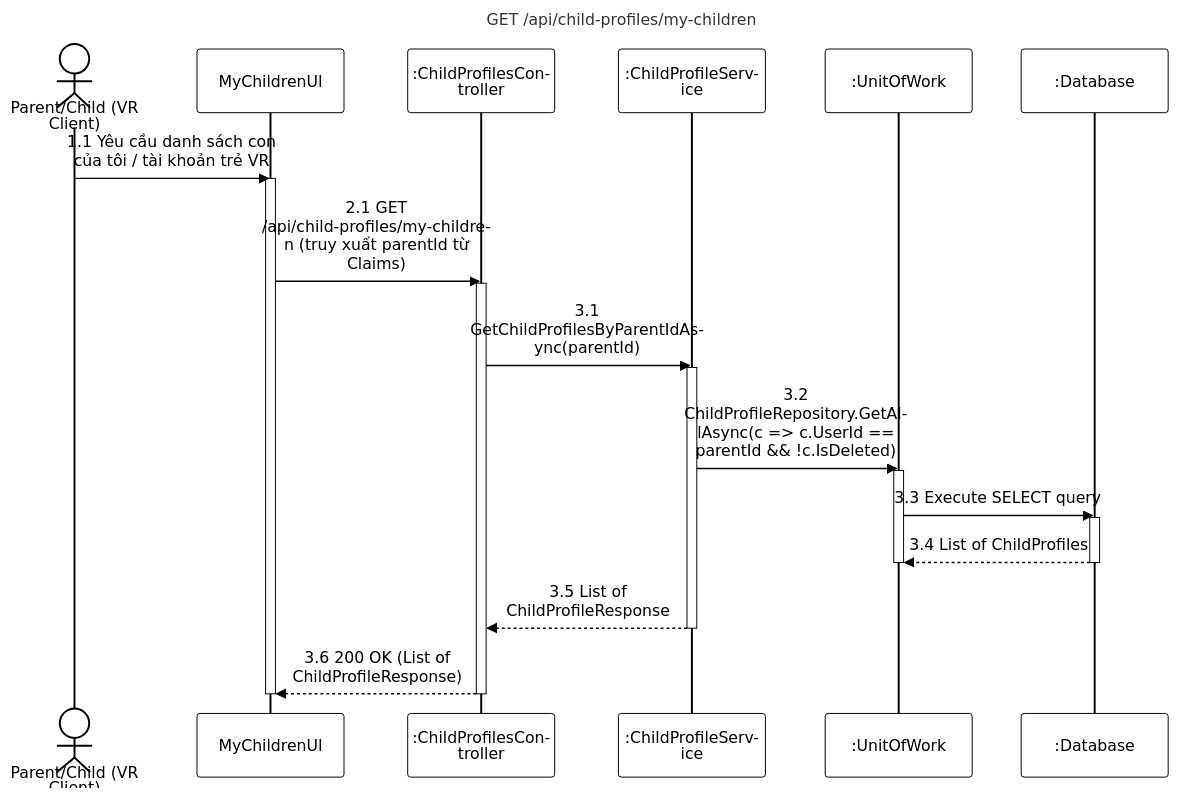
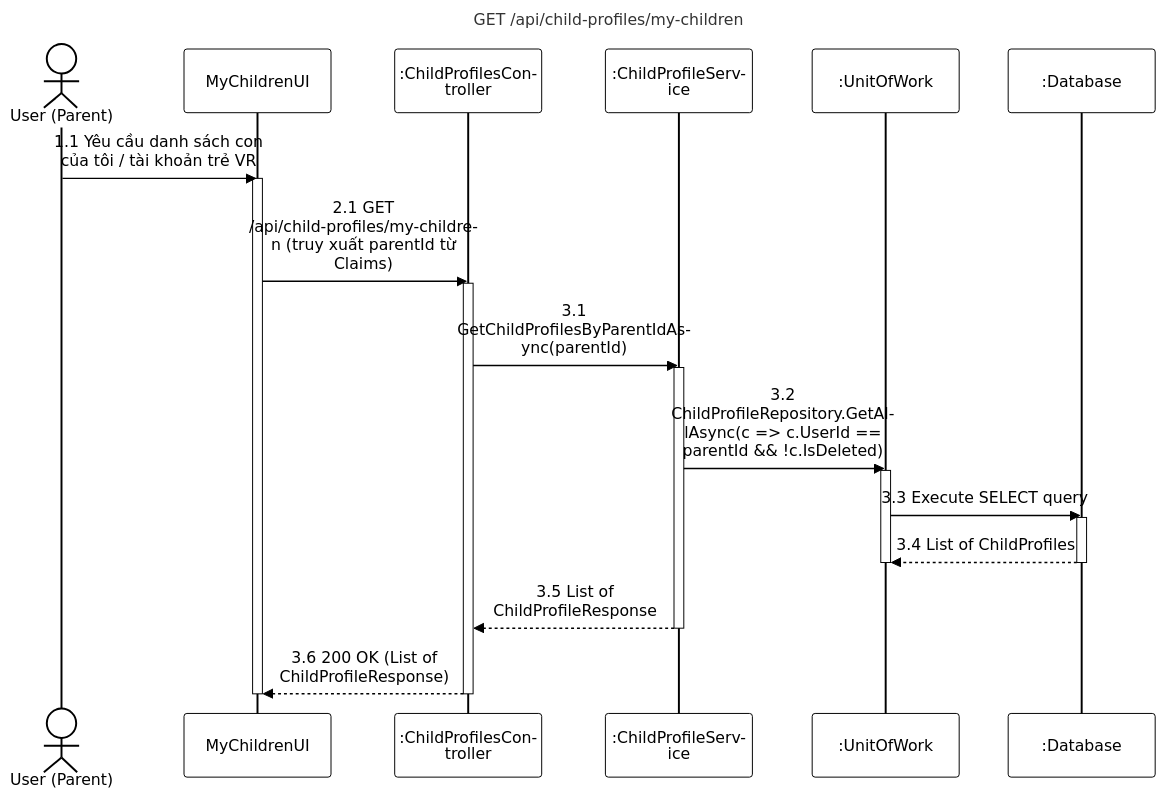
The diagram in 06-child-profile-enrollment/sequence-diagram/apis/get-my-children-profiles.mmd (PhucAnDev/docx-diagram), drawn with Mermaid before and after one commit. The commit also changed 5 other files, not shown here.

```diff
--- a/06-child-profile-enrollment/sequence-diagram/apis/get-my-children-profiles.mmd
+++ b/06-child-profile-enrollment/sequence-diagram/apis/get-my-children-profiles.mmd
@@ -1,31 +1,31 @@
 %%{init: {'theme':'base', 'themeVariables': {'actorBkg':'#ffffff','actorBorder':'#000000','actorTextColor':'#000000','actorLineColor':'#000000','signalColor':'#000000','signalTextColor':'#000000','labelBoxBkgColor':'#ffffff','labelBoxBorderColor':'#000000','labelTextColor':'#000000','loopTextColor':'#000000','noteBkgColor':'#ffffff','noteBorderColor':'#000000','noteTextColor':'#000000','activationBorderColor':'#000000','activationBkgColor':'#ffffff','sequenceNumberColor':'#000000'}, 'sequence': {'width':150,'height':65,'actorFontSize':16,'messageFontSize':16,'wrap':true,'wrapPadding':10}}}%%
 sequenceDiagram
     title GET /api/child-profiles/my-children
-    actor Parent as Parent/Child (VR Client)
+    actor Parent as User (Parent)
     participant UI as MyChildrenUI
     participant Endpoint as :ChildProfilesController
     participant Service as :ChildProfileService
     participant DB as :UnitOfWork
     participant Database as :Database
 
     Parent->>UI: 1.1 Yêu cầu danh sách con của tôi / tài khoản trẻ VR
     activate UI
     UI->>Endpoint: 2.1 GET /api/child-profiles/my-children (truy xuất parentId từ Claims)
     activate Endpoint
 
     Endpoint->>Service: 3.1 GetChildProfilesByParentIdAsync(parentId)
     activate Service
 
     Service->>DB: 3.2 ChildProfileRepository.GetAllAsync(c => c.UserId == parentId && !c.IsDeleted)
     activate DB
     DB->>Database: 3.3 Execute SELECT query
     activate Database
     Database-->>DB: 3.4 List of ChildProfiles
     deactivate Database
     deactivate DB
 
     Service-->>Endpoint: 3.5 List of ChildProfileResponse
     deactivate Service
     Endpoint-->>UI: 3.6 200 OK (List of ChildProfileResponse)
     deactivate Endpoint
     deactivate UI
```
